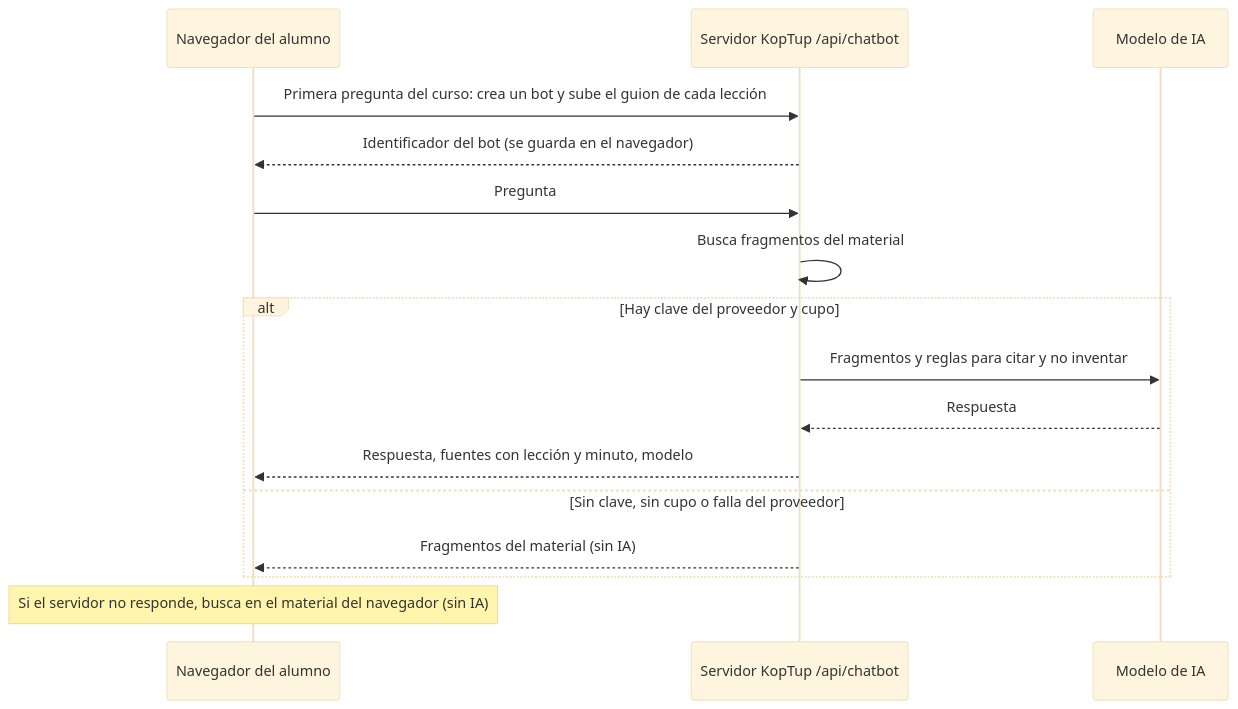
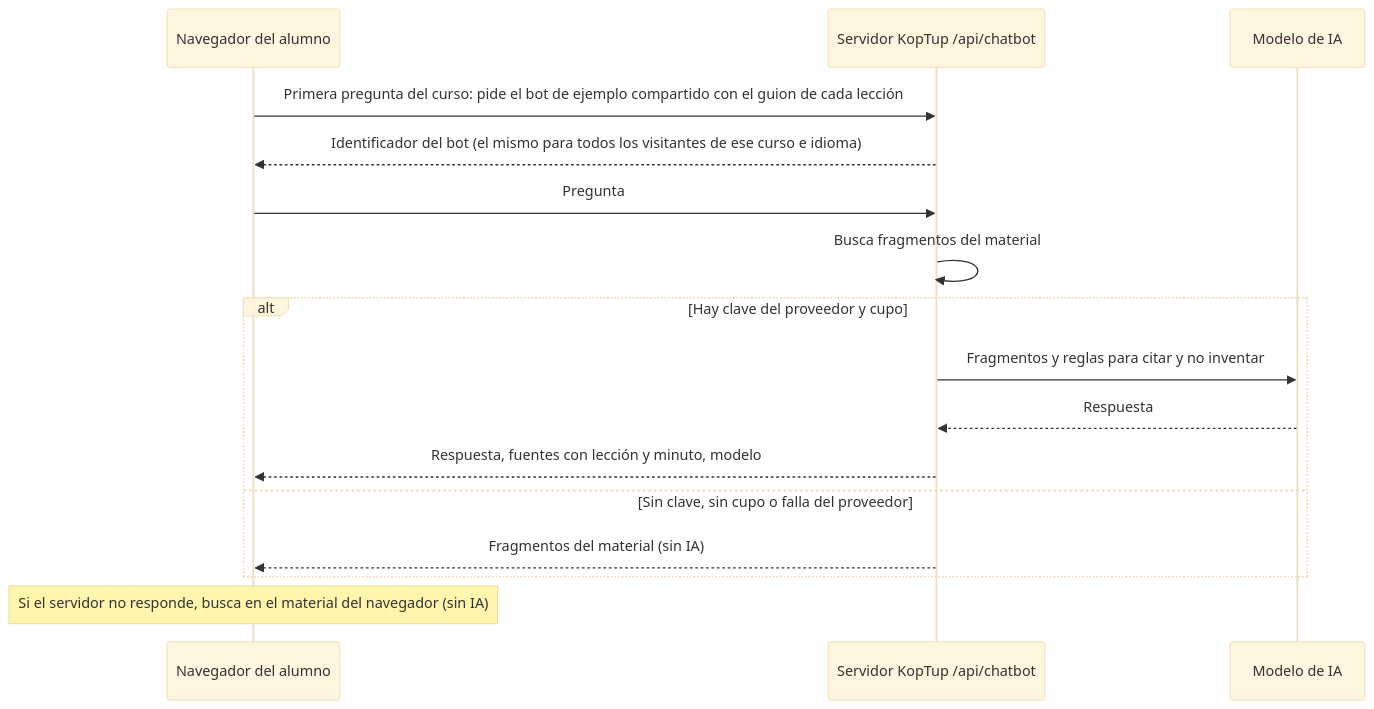
Before and after one commit to ronalc90/koptup: the second of 3 diagrams in docs/wiki/Guia-Demo-lms.md, drawn with Mermaid (base theme). The commit also changed other lines of this file and 46 other files, not shown here.

````diff
--- a/docs/wiki/Guia-Demo-lms.md
+++ b/docs/wiki/Guia-Demo-lms.md
@@ -164,18 +187,18 @@
 ```mermaid
 sequenceDiagram
     participant A as Navegador del alumno
     participant B as Servidor KopTup /api/chatbot
     participant M as Modelo de IA
-    A->>B: Primera pregunta del curso: crea un bot y sube el guion de cada lección
-    B-->>A: Identificador del bot (se guarda en el navegador)
+    A->>B: Primera pregunta del curso: pide el bot de ejemplo compartido con el guion de cada lección
+    B-->>A: Identificador del bot (el mismo para todos los visitantes de ese curso e idioma)
     A->>B: Pregunta
     B->>B: Busca fragmentos del material
     alt Hay clave del proveedor y cupo
         B->>M: Fragmentos y reglas para citar y no inventar
         M-->>B: Respuesta
         B-->>A: Respuesta, fuentes con lección y minuto, modelo
     else Sin clave, sin cupo o falla del proveedor
         B-->>A: Fragmentos del material (sin IA)
     end
     Note over A: Si el servidor no responde, busca en el material del navegador (sin IA)
 ```
````
